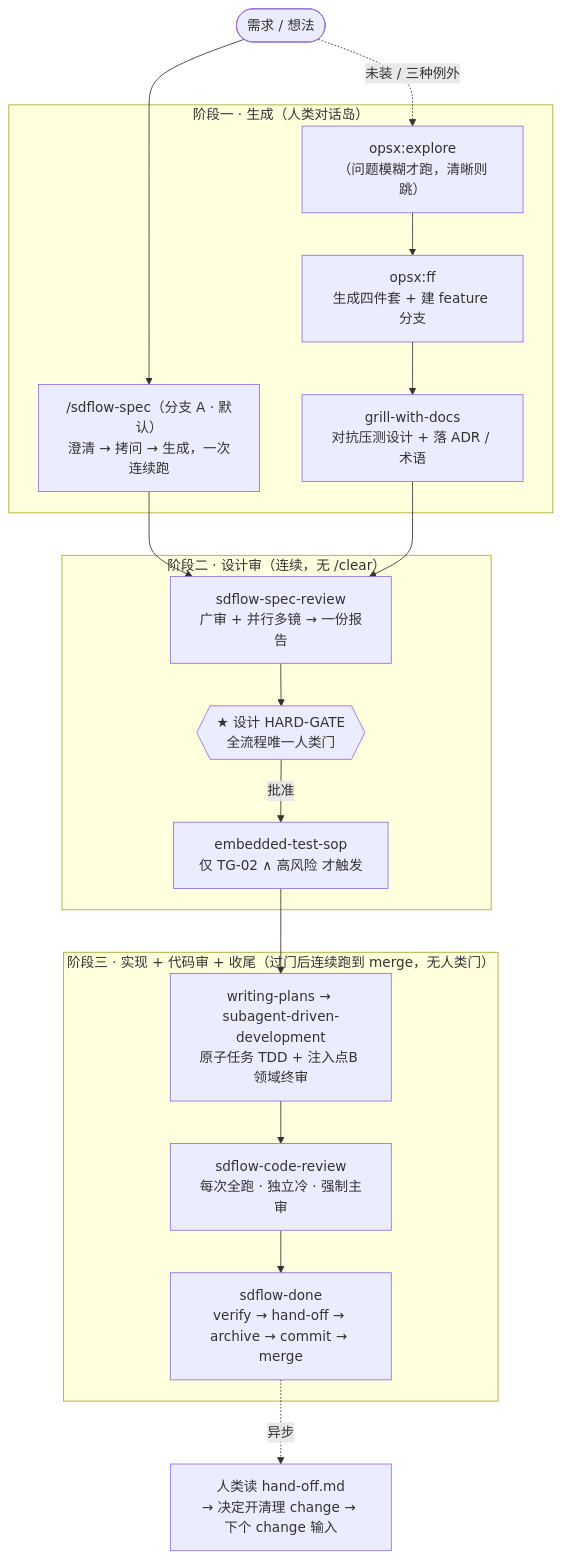
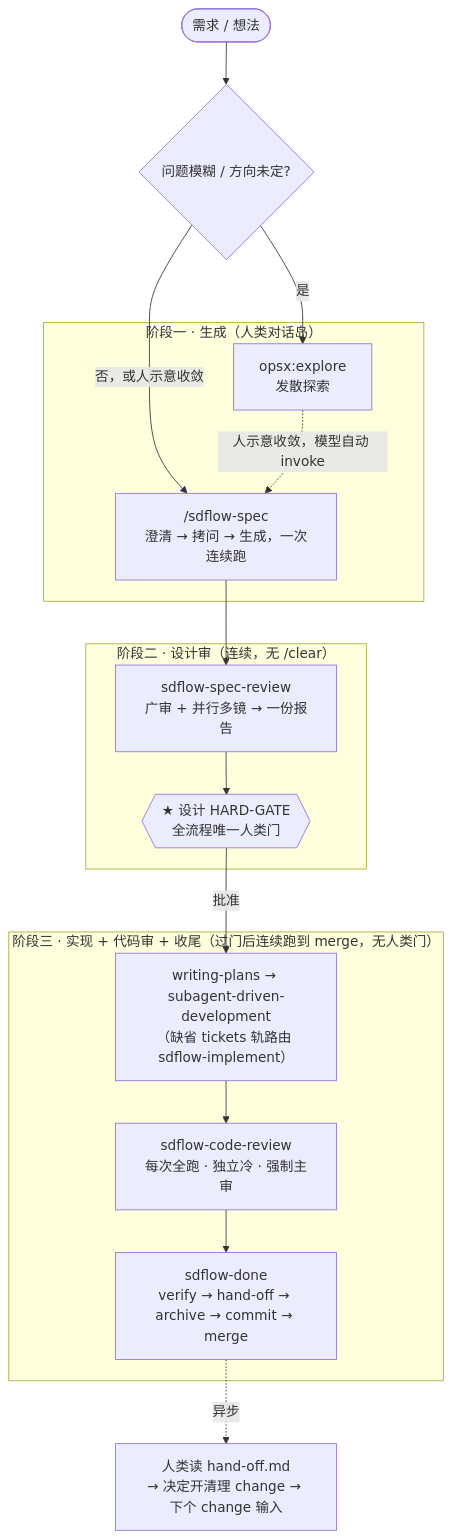
Before and after one commit to laodao-ai/sdflow-skills: the first of 8 diagrams in docs/workflow-overview.md, drawn with Mermaid. The commit also changed other lines of this file and 57 other files, not shown here.

````diff
--- a/docs/workflow-overview.md
+++ b/docs/workflow-overview.md
@@ -25,32 +25,27 @@
 ```mermaid
 flowchart TD
-    Start(["需求 / 想法"]) --> SP["/sdflow-spec（分支 A · 默认）<br/>澄清 → 拷问 → 生成，一次连续跑"]
-    Start -.未装 / 三种例外.-> A["opsx:explore<br/>（问题模糊才跑，清晰则跳）"]
-    A --> B["opsx:ff<br/>生成四件套 + 建 feature 分支"]
-    B --> C["grill-with-docs<br/>对抗压测设计 + 落 ADR / 术语"]
-    SP --> D
-    C --> D["sdflow-spec-review<br/>广审 + 并行多镜 → 一份报告"]
+    Start(["需求 / 想法"]) --> EX{"问题模糊 / 方向未定?"}
+    EX -->|是| A["opsx:explore<br/>发散探索"]
+    EX -->|否，或人示意收敛| SP
+    A -.人示意收敛，模型自动 invoke.-> SP["/sdflow-spec<br/>澄清 → 拷问 → 生成，一次连续跑"]
+    SP --> D["sdflow-spec-review<br/>广审 + 并行多镜 → 一份报告"]
     D --> E{{"★ 设计 HARD-GATE<br/>全流程唯一人类门"}}
-    E -->|批准| F["embedded-test-sop<br/>仅 TG-02 ∧ 高风险 才触发"]
-    F --> G["writing-plans → subagent-driven-development<br/>原子任务 TDD + 注入点B 领域终审"]
+    E -->|批准| G["writing-plans → subagent-driven-development<br/>（缺省 tickets 轨路由 sdflow-implement）"]
     G --> H["sdflow-code-review<br/>每次全跑 · 独立冷 · 强制主审"]
     H --> I["sdflow-done<br/>verify → hand-off → archive → commit → merge"]
     I -.异步.-> J["人类读 hand-off.md<br/>→ 决定开清理 change → 下个 change 输入"]
 
     subgraph 阶段一["阶段一 · 生成（人类对话岛）"]
+        A
         SP
-        A
-        B
-        C
     end
     subgraph 阶段二["阶段二 · 设计审（连续，无 /clear）"]
         D
         E
-        F
     end
     subgraph 阶段三["阶段三 · 实现 + 代码审 + 收尾（过门后连续跑到 merge，无人类门）"]
         G
         H
         I
     end
 ```
````
